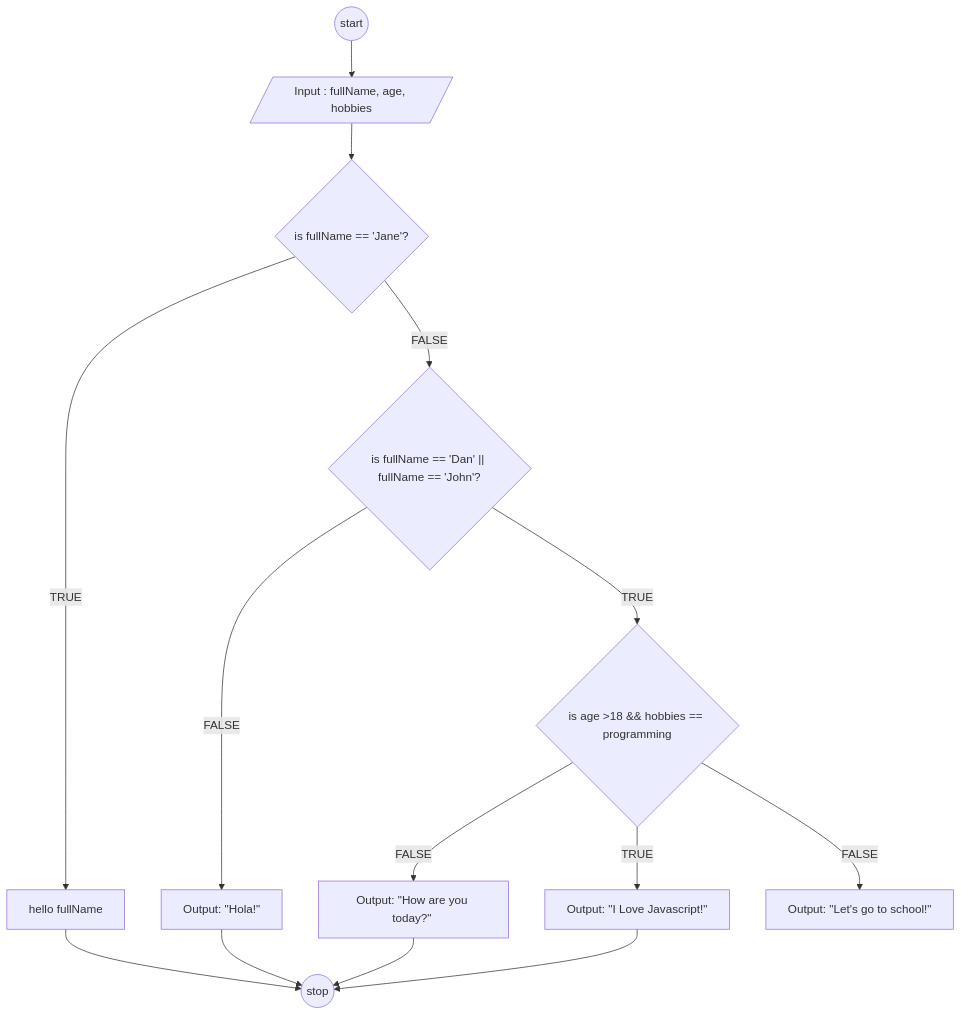
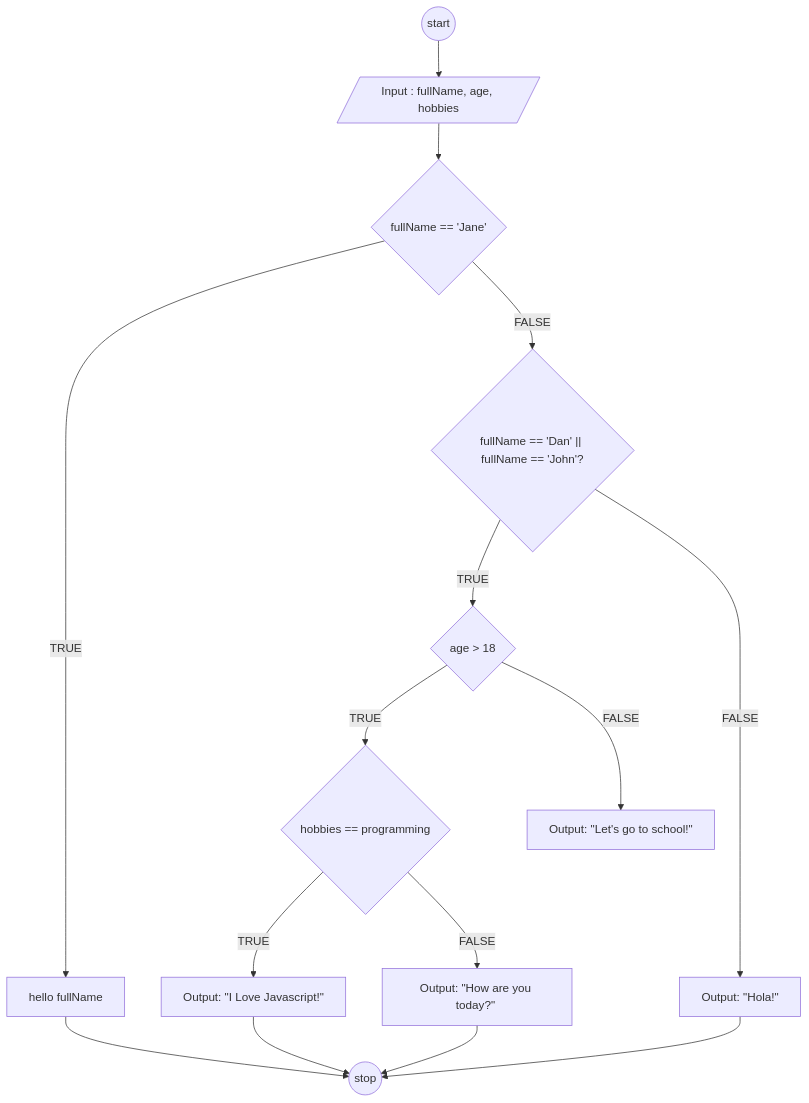
The diagram in flowchart-fullName.md (makarim22/koda-b6-javascript1), drawn with Mermaid before and after one commit.

````diff
--- a/flowchart-fullName.md
+++ b/flowchart-fullName.md
@@ -1,38 +1,42 @@
 ```mermaid
 flowchart TD
 A@{ shape: circle, label: "start"} --> B
 
 B@{ shape: lean-r, label: "Input : fullName, age, hobbies" } --> C
 
-C@{ shape: diamond, label: "is fullName == 'Jane'?" } -->|TRUE| D
+C@{ shape: diamond, label: "fullName == 'Jane'" } -->|TRUE| D
 
 C -- FALSE --> E
 
 D@{ shape: rect, label: "hello fullName"} 
 
-E@{ shape: diamond, label: "is fullName == 'Dan' || fullName == 'John'?" } --> |TRUE| F
+E@{ shape: diamond, label: "fullName == 'Dan' || fullName == 'John'?" } --> |TRUE| F
 
 E -- FALSE --> K
 
-F@{ shape: diamond, label: "is age >18 && hobbies == programming"} --> |FALSE| G
+F@{ shape: diamond, label: "age > 18 "} 
 
-F -- TRUE --> J
-
-J@{ shape: rect, label: "Output: \"I Love Javascript!\" " }
+F --> |TRUE| O
 
 F -- FALSE --> H
-
-G@{ shape: rect, label: "Output: \"How are you today?\" " }
 
 H@{ shape: rect, label: "Output: \"Let's go to school!\" " } 
 
 K@{ shape: rect, label: "Output: \"Hola!\" " }
+
+O@{ shape: diamond, label: "hobbies == programming" } -->|TRUE| P
+
+O -- FALSE --> Q
+
+P@{ shape: rect, label: "Output: \"I Love Javascript!\" "} 
+
+Q@{ shape: rect, label: "Output: \"How are you today?\" "} 
 
 Z@{ shape: circle, label: "stop" }
 
 
 D --> Z
 K --> Z
-G --> Z
-J --> Z
+Q --> Z 
+P --> Z
 ```
````
